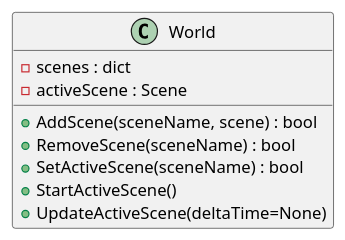
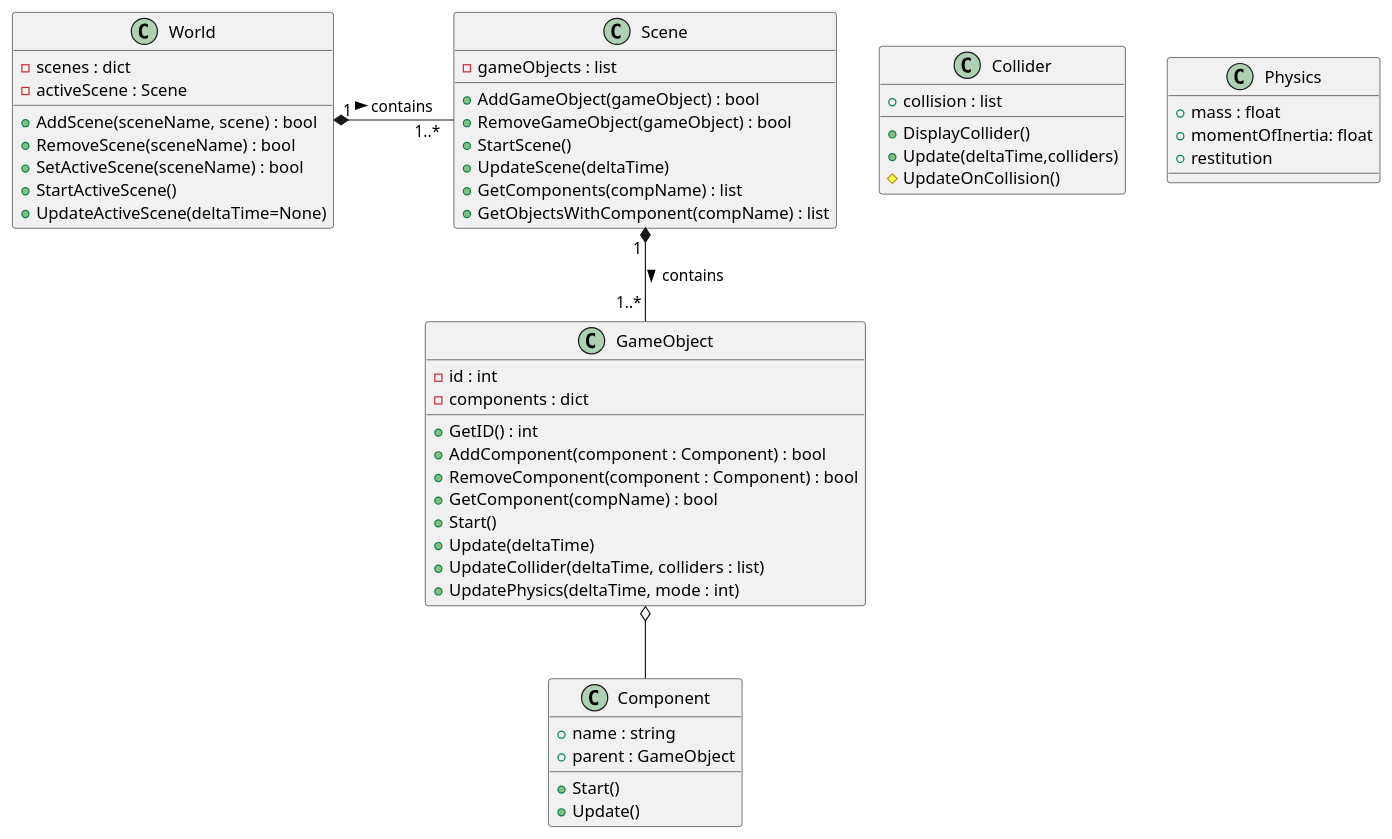
Before and after one commit to DantezMine/Bouncy-Balls: the diagram in README.md, drawn with PlantUML. The commit also changed other lines of this file and 4 other files, not shown here.

````diff
--- a/README.md
+++ b/README.md
@@ -7,15 +3,65 @@
 ```plantuml
 @startuml
-    skinparam backgroundColor #00000000
+    skinparam backgroundColor transparent
+
     class World{
         {field} - scenes : dict
         {field} - activeScene : Scene
         {method} + AddScene(sceneName, scene) : bool
         {method} + RemoveScene(sceneName) : bool
         {method} + SetActiveScene(sceneName) : bool
         {method} + StartActiveScene()
         {method} + UpdateActiveScene(deltaTime=None)
     }
+    class Scene{
+        {field} - gameObjects : list
+        {method} + AddGameObject(gameObject) : bool
+        {method} + RemoveGameObject(gameObject) : bool
+        {method} + StartScene()
+        {method} + UpdateScene(deltaTime)
+        {method} + GetComponents(compName) : list
+        {method} + GetObjectsWithComponent(compName) : list
+    }
+
+    class GameObject{
+        {field} - id : int
+        {field} - components : dict
+        {method} + GetID() : int
+        {method} + AddComponent(component : Component) : bool
+        {method} + RemoveComponent(component : Component) : bool
+        {method} + GetComponent(compName) : bool
+        {method} + Start()
+        {method} + Update(deltaTime)
+        {method} + UpdateCollider(deltaTime, colliders : list)
+        {method} + UpdatePhysics(deltaTime, mode : int)
+    }
+
+    class Component{
+        {field} + name : string
+        {field} + parent : GameObject
+        {method} + Start()
+        {method} + Update()
+    }
+
+    class Collider{
+        {field} + collision : list
+        {method} + DisplayCollider()
+        {method} + Update(deltaTime,colliders)
+        {method} # UpdateOnCollision()
+    }
+
+    class Physics{
+        {field} + mass : float
+        {field} + momentOfInertia: float
+        {field} + restitution
+        {field} 
+        {field}
+        {field}
+    }
+
+    World "1 " *--r "1..* " Scene : contains >
+    Scene "1 " *-- "1..* " GameObject : contains >
+    GameObject o-- Component
 
 @enduml
 ```
````
